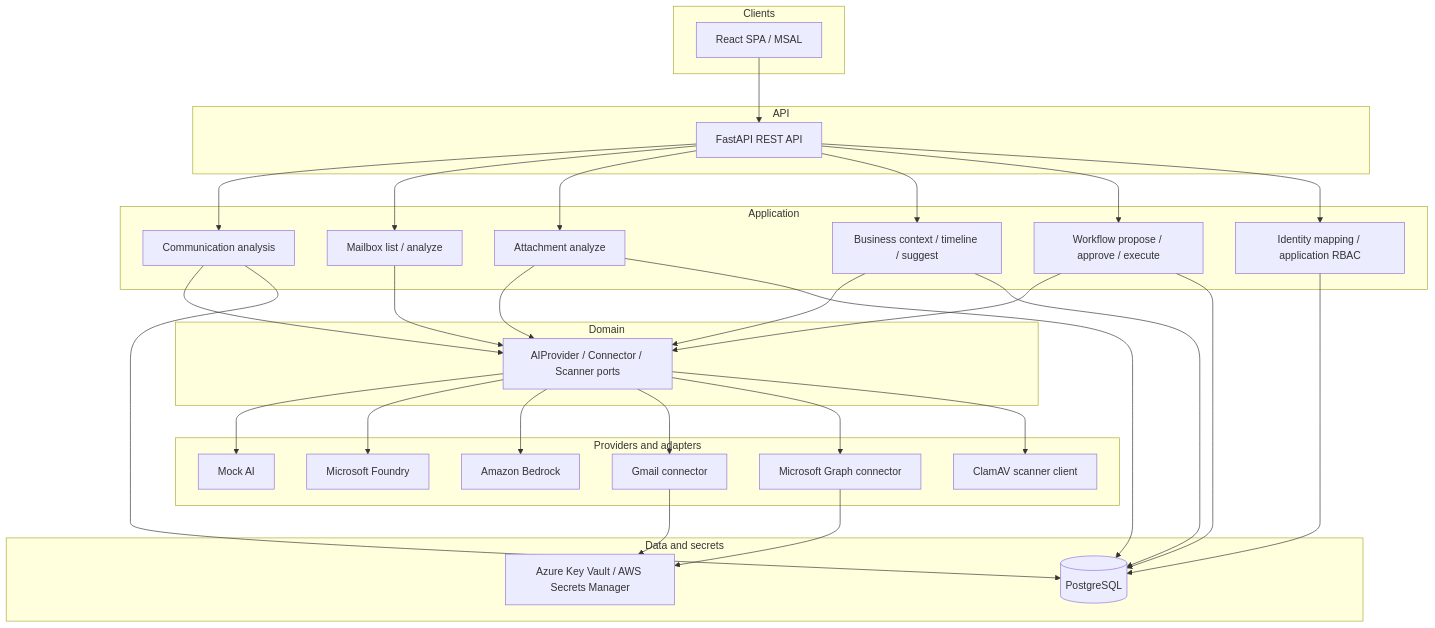
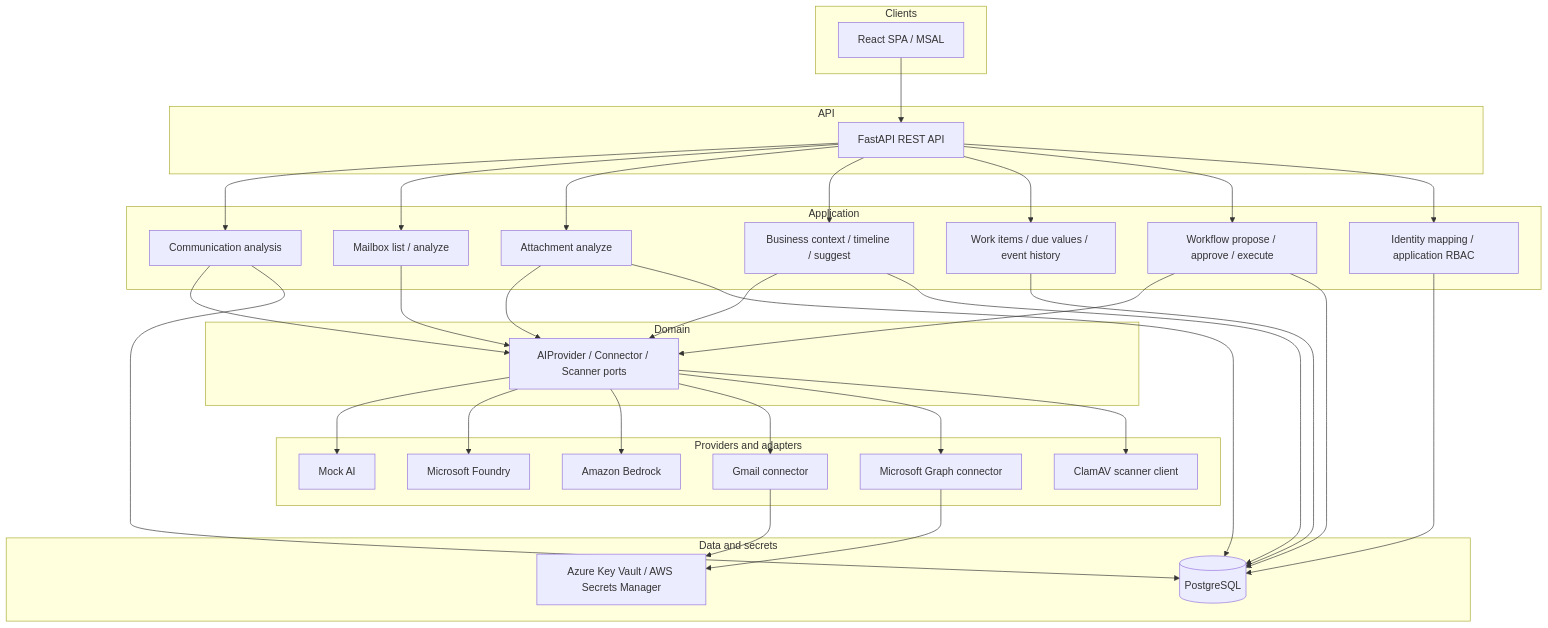
One commit to Susanta2025-lab/enterprise-communication-intelligence changed the diagram in README.md. Above: the diagram before and after it, drawn with Mermaid. The commit also changed other lines of this file and 95 other files, not shown here.

````diff
--- a/README.md
+++ b/README.md
@@ -64,63 +75,66 @@
 ```mermaid
 flowchart TB
   subgraph clients [Clients]
     SPA[React SPA / MSAL]
   end
 
   subgraph api [API]
     FastAPI[FastAPI REST API]
   end
 
   subgraph app [Application]
     Analysis[Communication analysis]
     Mailbox[Mailbox list / analyze]
     Attach[Attachment analyze]
     Context[Business context / timeline / suggest]
+    Tracking[Work items / due values / event history]
     Workflow[Workflow propose / approve / execute]
     RBAC[Identity mapping / application RBAC]
   end
 
   subgraph domain [Domain]
     Ports[AIProvider / Connector / Scanner ports]
   end
 
   subgraph providers [Providers and adapters]
     Mock[Mock AI]
     Foundry[Microsoft Foundry]
     Bedrock[Amazon Bedrock]
     Gmail[Gmail connector]
     Graph[Microsoft Graph connector]
     ClamAV[ClamAV scanner client]
   end
 
   subgraph data [Data and secrets]
     PG[(PostgreSQL)]
     KV[Azure Key Vault / AWS Secrets Manager]
   end
 
   SPA --> FastAPI
   FastAPI --> Analysis
   FastAPI --> Mailbox
   FastAPI --> Attach
   FastAPI --> Context
+  FastAPI --> Tracking
   FastAPI --> Workflow
   FastAPI --> RBAC
   Analysis --> Ports
   Mailbox --> Ports
   Attach --> Ports
   Context --> Ports
   Workflow --> Ports
   Ports --> Mock
   Ports --> Foundry
   Ports --> Bedrock
   Ports --> Gmail
   Ports --> Graph
   Ports --> ClamAV
   Analysis --> PG
   Attach --> PG
   Context --> PG
+  Tracking --> PG
   Workflow --> PG
   RBAC --> PG
   Gmail --> KV
   Graph --> KV
 ```
````
